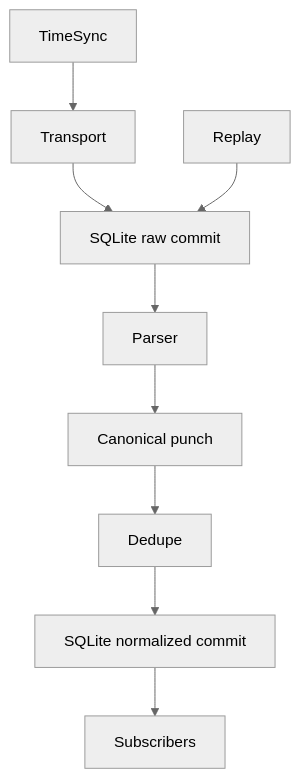
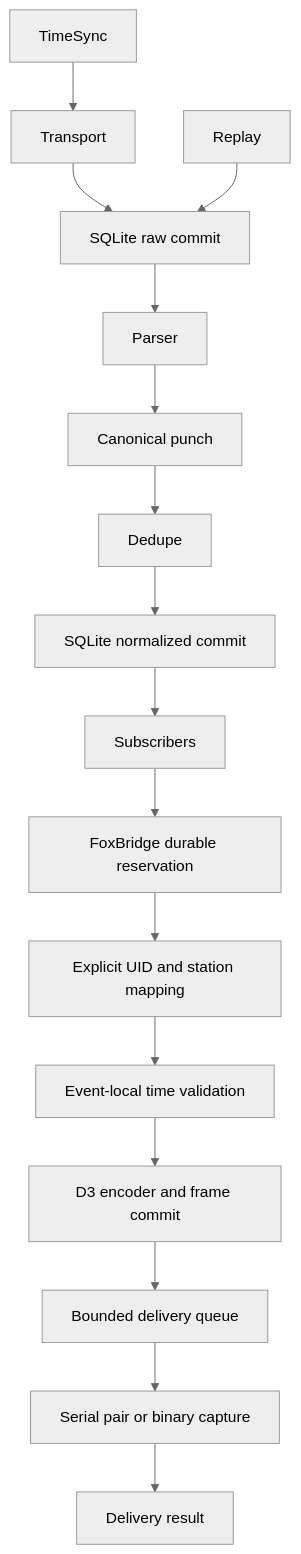
The diagram in docs/ARCHITECTURE.md (DD1SB/foxsuite), drawn with Mermaid (neutral theme) before and after one commit. The commit also changed other lines of this file and 7 other files, not shown here.

````diff
--- a/docs/ARCHITECTURE.md
+++ b/docs/ARCHITECTURE.md
@@ -5,9 +8,16 @@
 ```mermaid
 flowchart TD
   Transport --> RawCommit[SQLite raw commit]
   RawCommit --> Parser --> Punch[Canonical punch]
   Punch --> Dedupe --> NormalizedCommit[SQLite normalized commit]
   NormalizedCommit --> Subscribers
+  Subscribers --> Bridge[FoxBridge durable reservation]
+  Bridge --> Maps[Explicit UID and station mapping]
+  Maps --> Time[Event-local time validation]
+  Time --> Encoder[D3 encoder and frame commit]
+  Encoder --> Queue[Bounded delivery queue]
+  Queue --> Output[Serial pair or binary capture]
+  Output --> Ledger[Delivery result]
   TimeSync --> Transport
   Replay --> RawCommit
 ```
````
